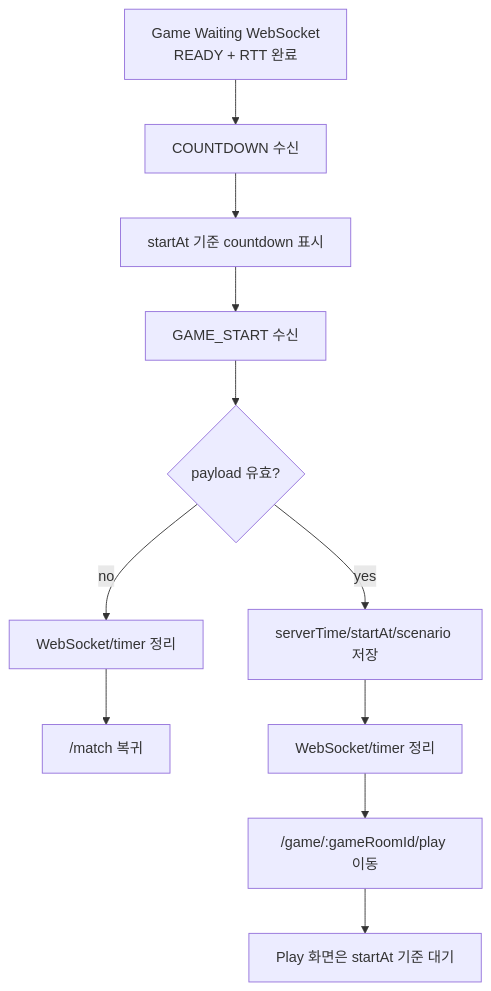
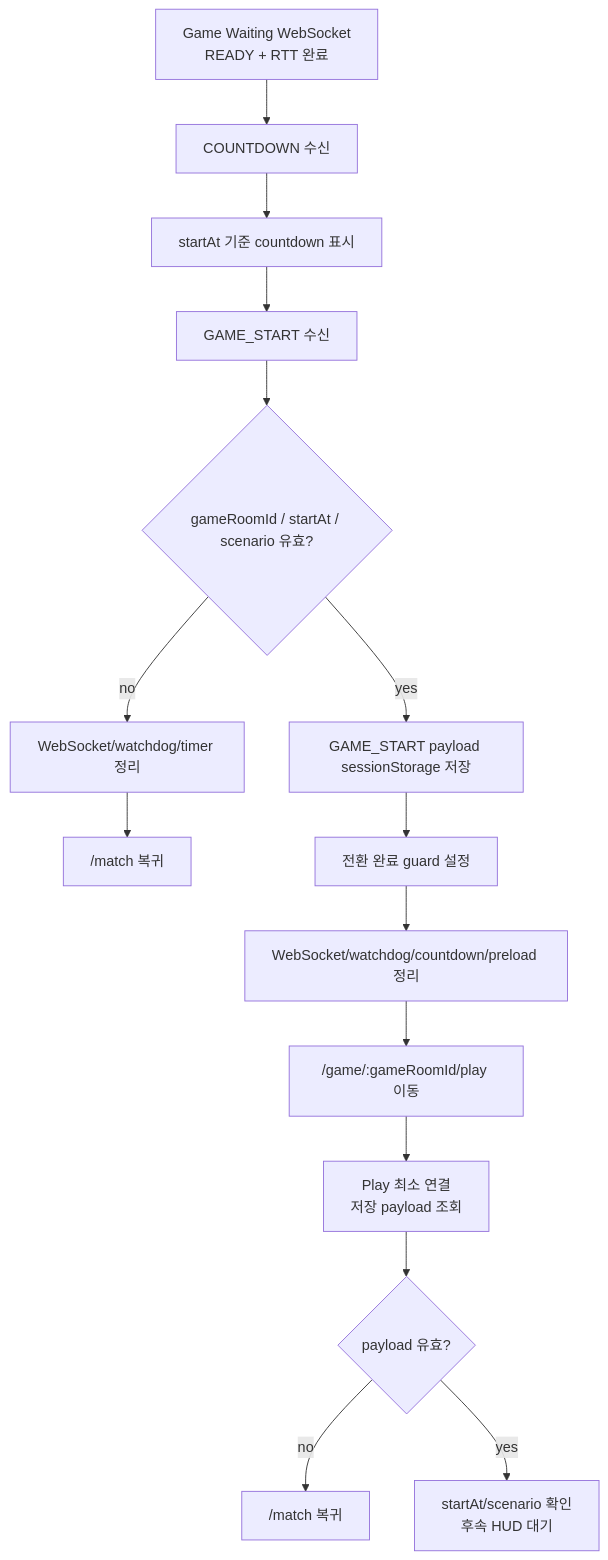
One commit to moonwhistle/League-of-Star changed the second of 2 diagrams in docs/antigravity/frontend/issue-88-game-start-handling.md. Above: the diagram before and after it, drawn with Mermaid. The commit also changed other lines of this file, not shown here.

````diff
--- a/docs/antigravity/frontend/issue-88-game-start-handling.md
+++ b/docs/antigravity/frontend/issue-88-game-start-handling.md
@@ -287,13 +287,17 @@
 ```mermaid
 flowchart TD
     A["Game Waiting WebSocket<br/>READY + RTT 완료"] --> B["COUNTDOWN 수신"]
     B --> C["startAt 기준 countdown 표시"]
     C --> D["GAME_START 수신"]
-    D --> E{"payload 유효?"}
-    E -->|no| F["WebSocket/timer 정리"]
+    D --> E{"gameRoomId / startAt / scenario 유효?"}
+    E -->|no| F["WebSocket/watchdog/timer 정리"]
     F --> G["/match 복귀"]
-    E -->|yes| H["serverTime/startAt/scenario 저장"]
-    H --> I["WebSocket/timer 정리"]
-    I --> J["/game/:gameRoomId/play 이동"]
-    J --> K["Play 화면은 startAt 기준 대기"]
+    E -->|yes| H["GAME_START payload sessionStorage 저장"]
+    H --> I["전환 완료 guard 설정"]
+    I --> J["WebSocket/watchdog/countdown/preload 정리"]
+    J --> K["/game/:gameRoomId/play 이동"]
+    K --> L["Play 최소 연결<br/>저장 payload 조회"]
+    L --> M{"payload 유효?"}
+    M -->|no| N["/match 복귀"]
+    M -->|yes| O["startAt/scenario 확인<br/>후속 HUD 대기"]
 ```
````
